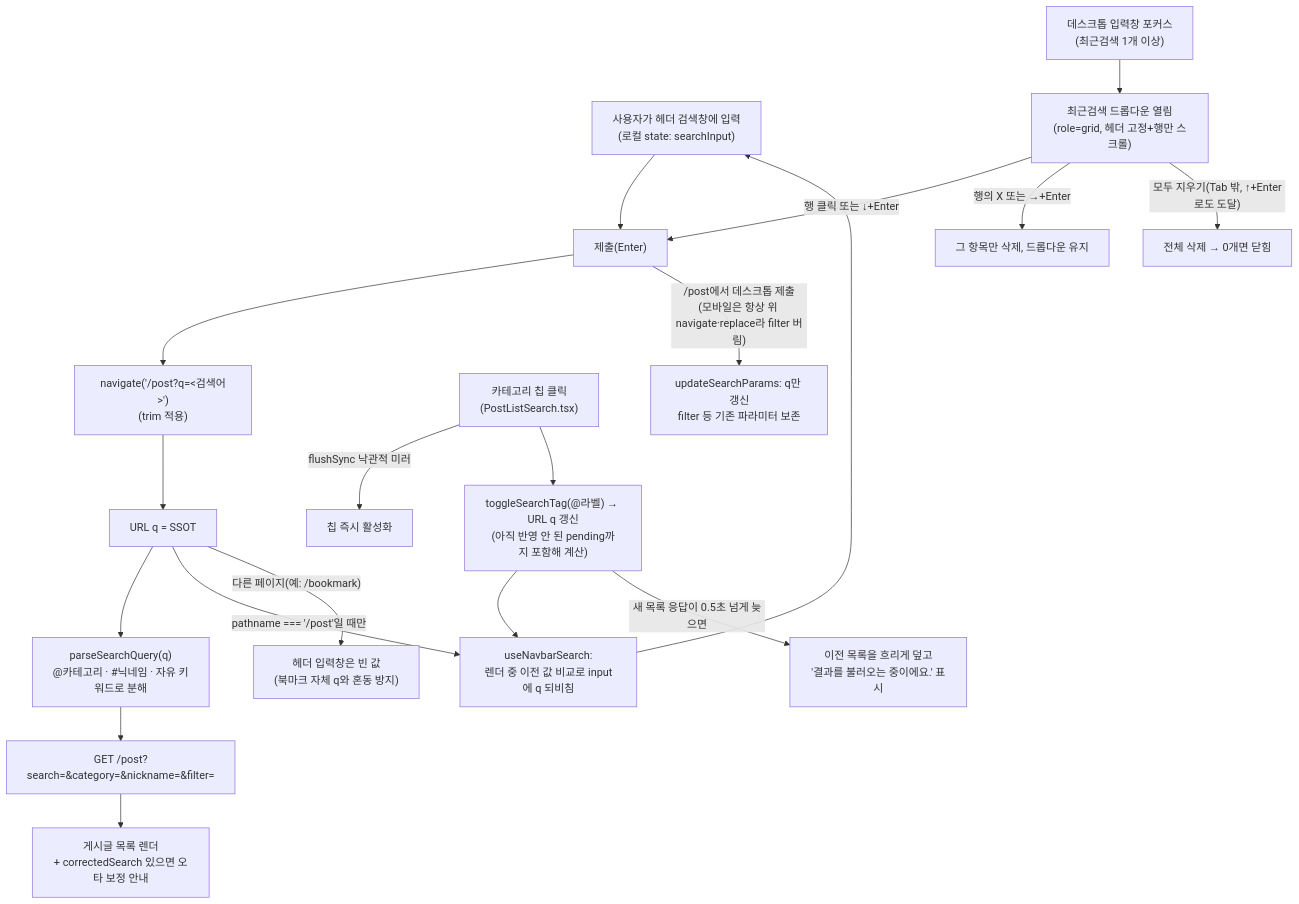
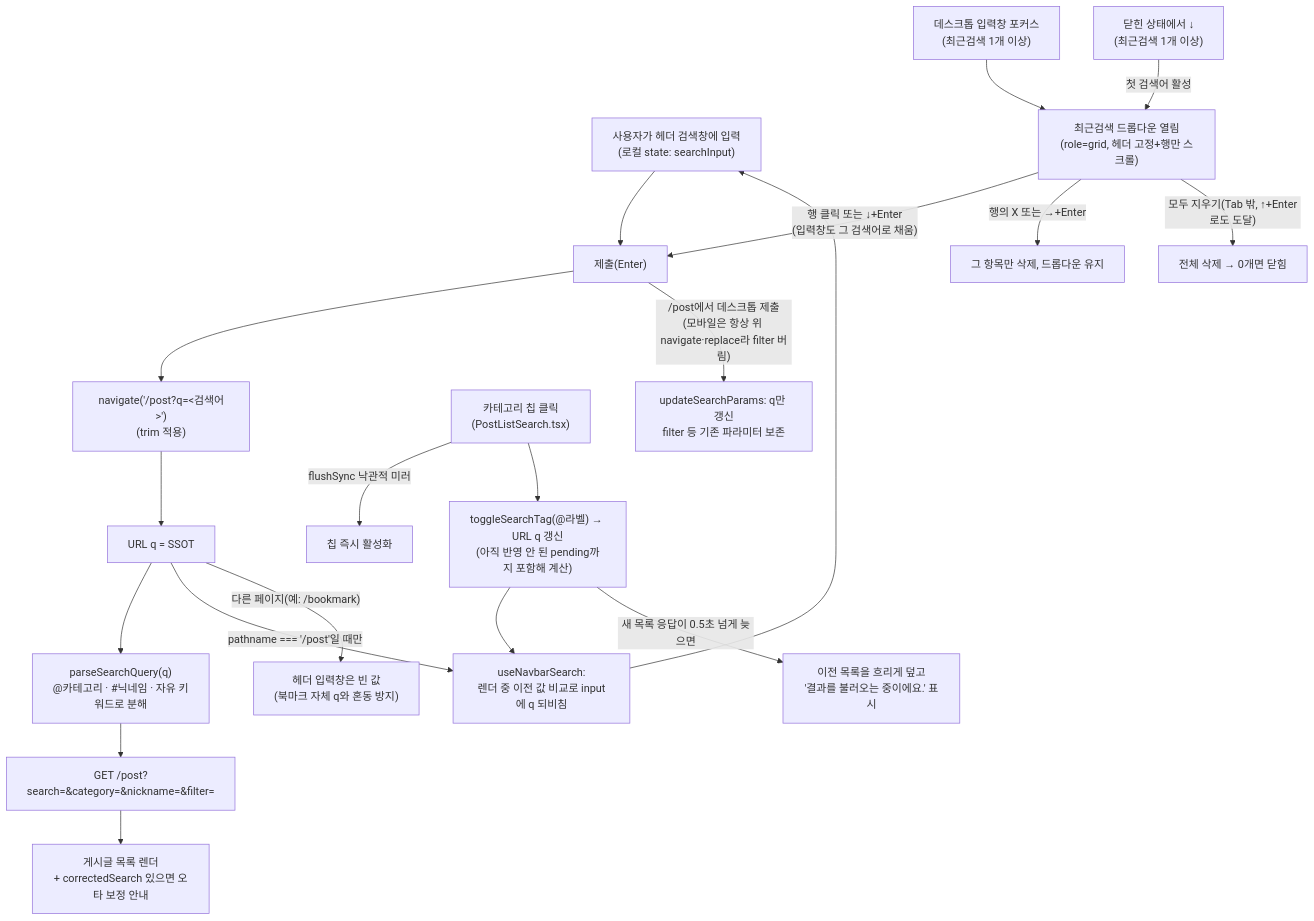
The first of 2 diagrams in docs/SEARCH.md (BAECHAN/link-sphere_FE_NEW), drawn with Mermaid before and after one commit. The commit also changed other lines of this file and 4 other files, not shown here.

````diff
--- a/docs/SEARCH.md
+++ b/docs/SEARCH.md
@@ -27,25 +28,26 @@
 ```mermaid
 flowchart TD
   Type["사용자가 헤더 검색창에 입력<br/>(로컬 state: searchInput)"] --> Submit["제출(Enter)"]
   Submit --> Navigate["navigate('/post?q=&lt;검색어&gt;')<br/>(trim 적용)"]
   Navigate --> URL["URL q = SSOT"]
   URL --> Parse["parseSearchQuery(q)<br/>@카테고리 · #닉네임 · 자유 키워드로 분해"]
   Parse --> API["GET /post?search=&category=&nickname=&filter="]
   API --> Result["게시글 목록 렌더<br/>+ correctedSearch 있으면 오타 보정 안내"]
 
   URL -->|"pathname === '/post'일 때만"| Mirror["useNavbarSearch:<br/>렌더 중 이전 값 비교로 input에 q 되비침"]
   Mirror --> Type
 
   URL -->|"다른 페이지(예: /bookmark)"| Empty["헤더 입력창은 빈 값<br/>(북마크 자체 q와 혼동 방지)"]
 
   ChipClick["카테고리 칩 클릭<br/>(PostListSearch.tsx)"] -->|"flushSync 낙관적 미러"| ChipUI["칩 즉시 활성화"]
   ChipClick --> Navigate2["toggleSearchTag(@라벨) → URL q 갱신<br/>(아직 반영 안 된 pending까지 포함해 계산)"]
   Navigate2 --> Mirror
   Navigate2 -->|"새 목록 응답이 0.5초 넘게 늦으면"| Applying["이전 목록을 흐리게 덮고<br/>'결과를 불러오는 중이에요.' 표시"]
 
   Focus["데스크톱 입력창 포커스<br/>(최근검색 1개 이상)"] --> Dropdown["최근검색 드롭다운 열림<br/>(role=grid, 헤더 고정+행만 스크롤)"]
-  Dropdown -->|"행 클릭 또는 ↓+Enter"| Submit
+  ArrowOpen["닫힌 상태에서 ↓<br/>(최근검색 1개 이상)"] -->|"첫 검색어 활성"| Dropdown
+  Dropdown -->|"행 클릭 또는 ↓+Enter<br/>(입력창도 그 검색어로 채움)"| Submit
   Dropdown -->|"행의 X 또는 →+Enter"| RemoveOne["그 항목만 삭제, 드롭다운 유지"]
   Dropdown -->|"모두 지우기(Tab 밖, ↑+Enter로도 도달)"| ClearAll["전체 삭제 → 0개면 닫힘"]
   Submit -->|"/post에서 데스크톱 제출<br/>(모바일은 항상 위 navigate·replace라 filter 버림)"| Preserve["updateSearchParams: q만 갱신<br/>filter 등 기존 파라미터 보존"]
 ```
````
